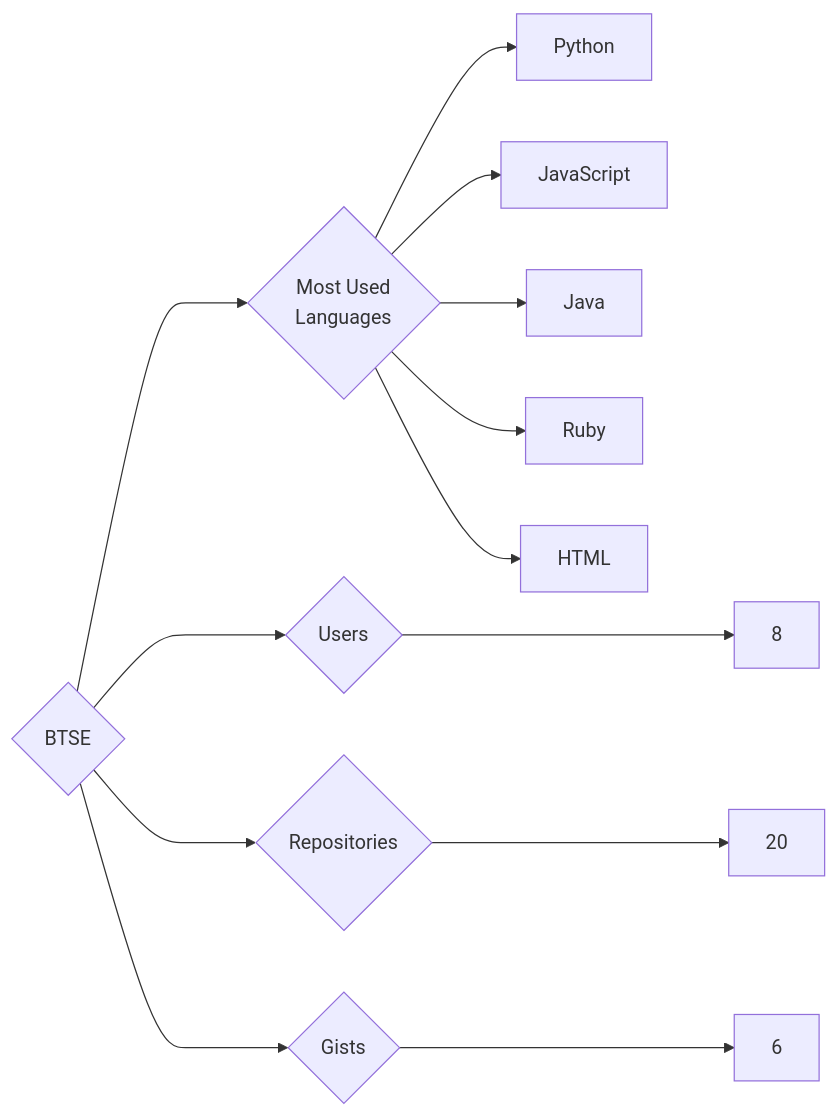
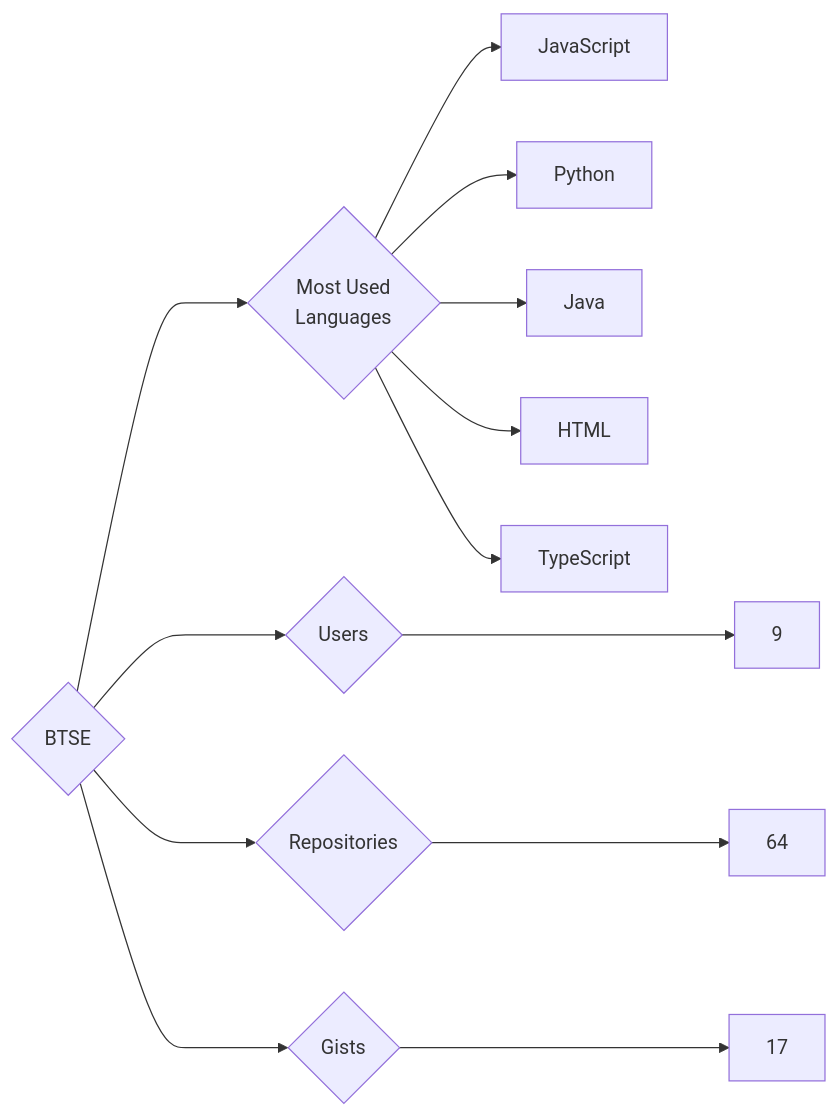
Before and after one commit to trickest/insiders: the diagram in targets/BTSE/README.md, drawn with Mermaid. The commit also changed 1170 other files, not shown here.

````diff
--- a/targets/BTSE/README.md
+++ b/targets/BTSE/README.md
@@ -3,13 +3,13 @@
 ```mermaid
 graph LR
 COMPANY_NAME{BTSE}
-COMPANY_NAME ---> U{Users} ---> UN[8]
-COMPANY_NAME ---> R{Repositories} ---> RN[20]
-COMPANY_NAME ---> G{Gists} ---> GN[6]
+COMPANY_NAME ---> U{Users} ---> UN[9]
+COMPANY_NAME ---> R{Repositories} ---> RN[64]
+COMPANY_NAME ---> G{Gists} ---> GN[17]
 COMPANY_NAME ---> ML{Most Used<br>Languages}
+ML --> JavaScript[JavaScript]
 ML --> Python[Python]
-ML --> JavaScript[JavaScript]
 ML --> Java[Java]
-ML --> Ruby[Ruby]
 ML --> HTML[HTML]
+ML --> TypeScript[TypeScript]
 ```
````
